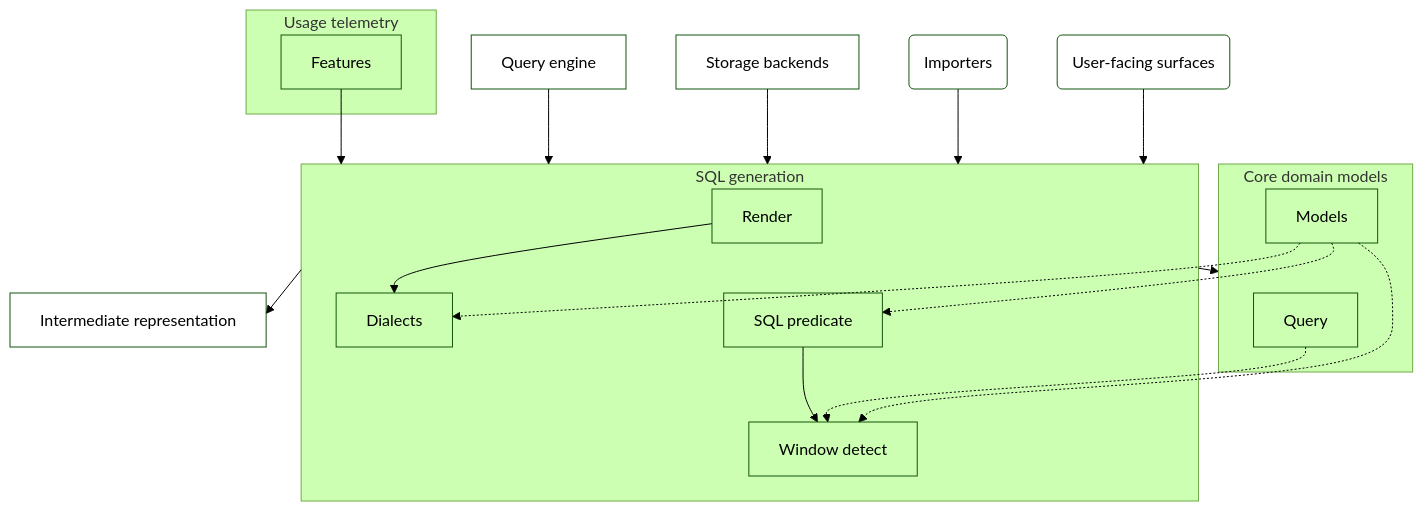
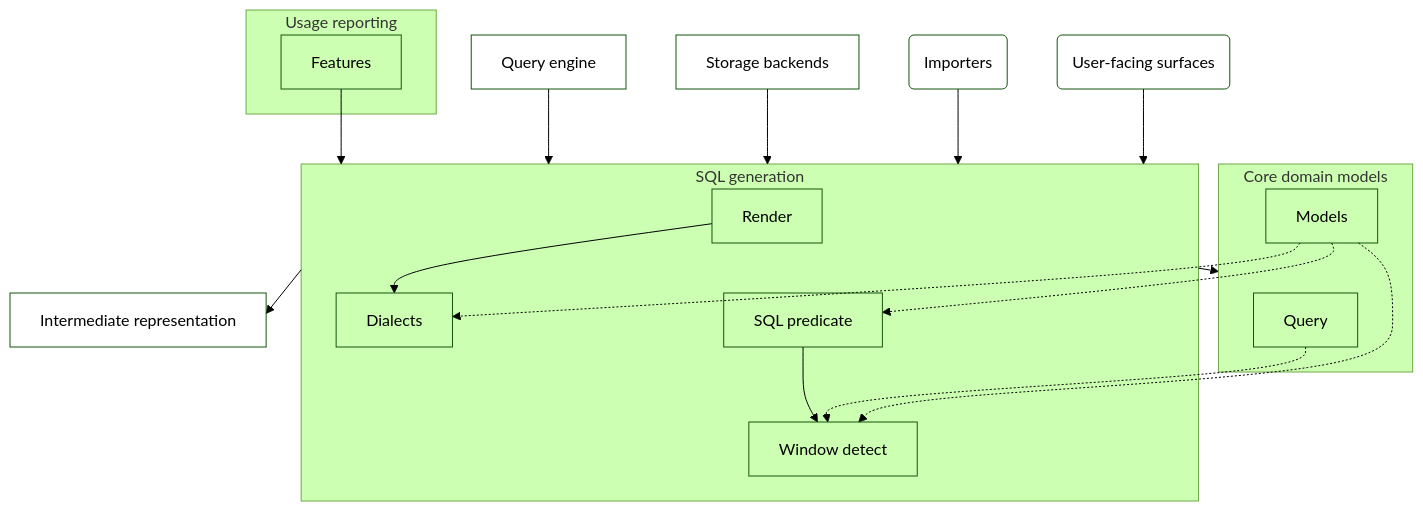
The diagram in architecture/sql.arc42.md (MotleyAI/slayer), drawn with Mermaid (forest theme) before and after one commit. The commit also changed 41 other files, not shown here.

First line of the commit message:
Rename telemetry to usage reporting

````diff
--- a/architecture/sql.arc42.md
+++ b/architecture/sql.arc42.md
@@ -17,37 +17,37 @@
 ```mermaid
 flowchart TD
   %% sql_focus: SQL generation in context
   subgraph core["Core domain models"]
     core__query["Query"]
     core__models["Models"]
   end
   subgraph sql["SQL generation"]
     sql__render["Render"]
     sql__dialects["Dialects"]
     sql__sql_predicate["SQL predicate"]
     sql__window_detect["Window detect"]
   end
   engine["Query engine"]
   ir["Intermediate representation"]
   storage["Storage backends"]
   importers("Importers")
-  subgraph telemetry["Usage telemetry"]
-    telemetry__features["Features"]
+  subgraph usage_reporting["Usage reporting"]
+    usage_reporting__features["Features"]
   end
   surfaces("User-facing surfaces")
   core__models -.-> sql__dialects
   core__models -.-> sql__sql_predicate
   core__models -.-> sql__window_detect
   core__query -.-> sql__window_detect
   sql__render --> sql__dialects
   sql__sql_predicate --> sql__window_detect
   engine --> sql
   importers --> sql
   sql --> core
   sql --> ir
   storage --> sql
   surfaces --> sql
-  telemetry__features --> sql
+  usage_reporting__features --> sql
   classDef leaf fill:none;
-  class core__query,core__models,sql__render,sql__dialects,sql__sql_predicate,sql__window_detect,engine,ir,storage,importers,telemetry__features,surfaces leaf;
+  class core__query,core__models,sql__render,sql__dialects,sql__sql_predicate,sql__window_detect,engine,ir,storage,importers,usage_reporting__features,surfaces leaf;
 ```
````
